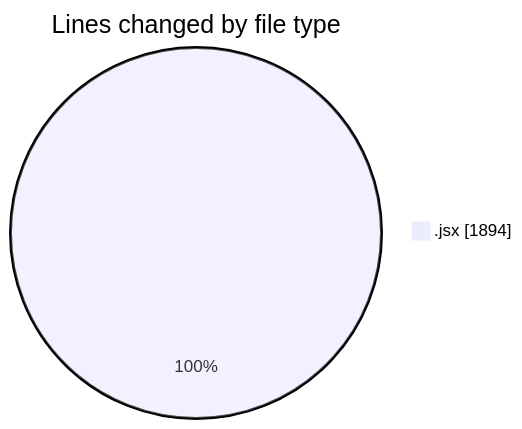
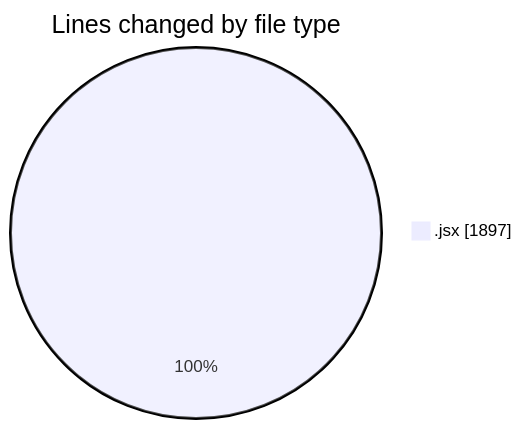
One commit to nxtqubesakshisongat/code-tracking changed the first of 2 diagrams in 2025-05-26/nxtqube_webapp/README.md. Above: the diagram before and after it, drawn with Mermaid. The commit also changed other lines of this file and 1 other file, not shown here.

````diff
--- a/2025-05-26/nxtqube_webapp/README.md
+++ b/2025-05-26/nxtqube_webapp/README.md
@@ -20,5 +20,5 @@
 ```mermaid
 pie showData
 title Lines changed by file type
-".jsx" : 1894
+".jsx" : 1897
 ```
````
